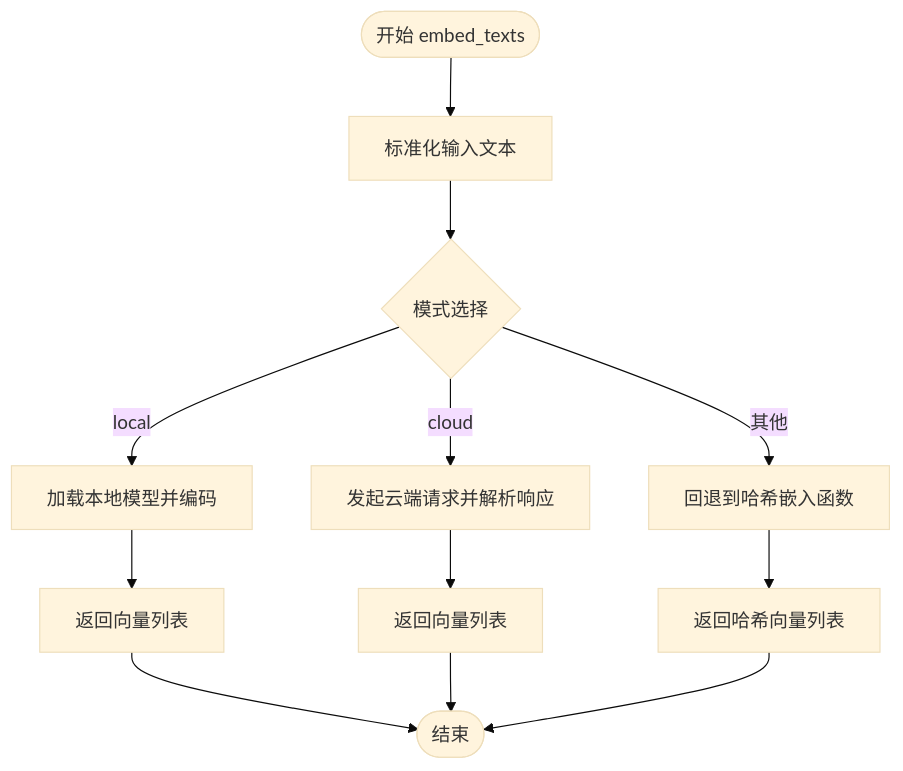
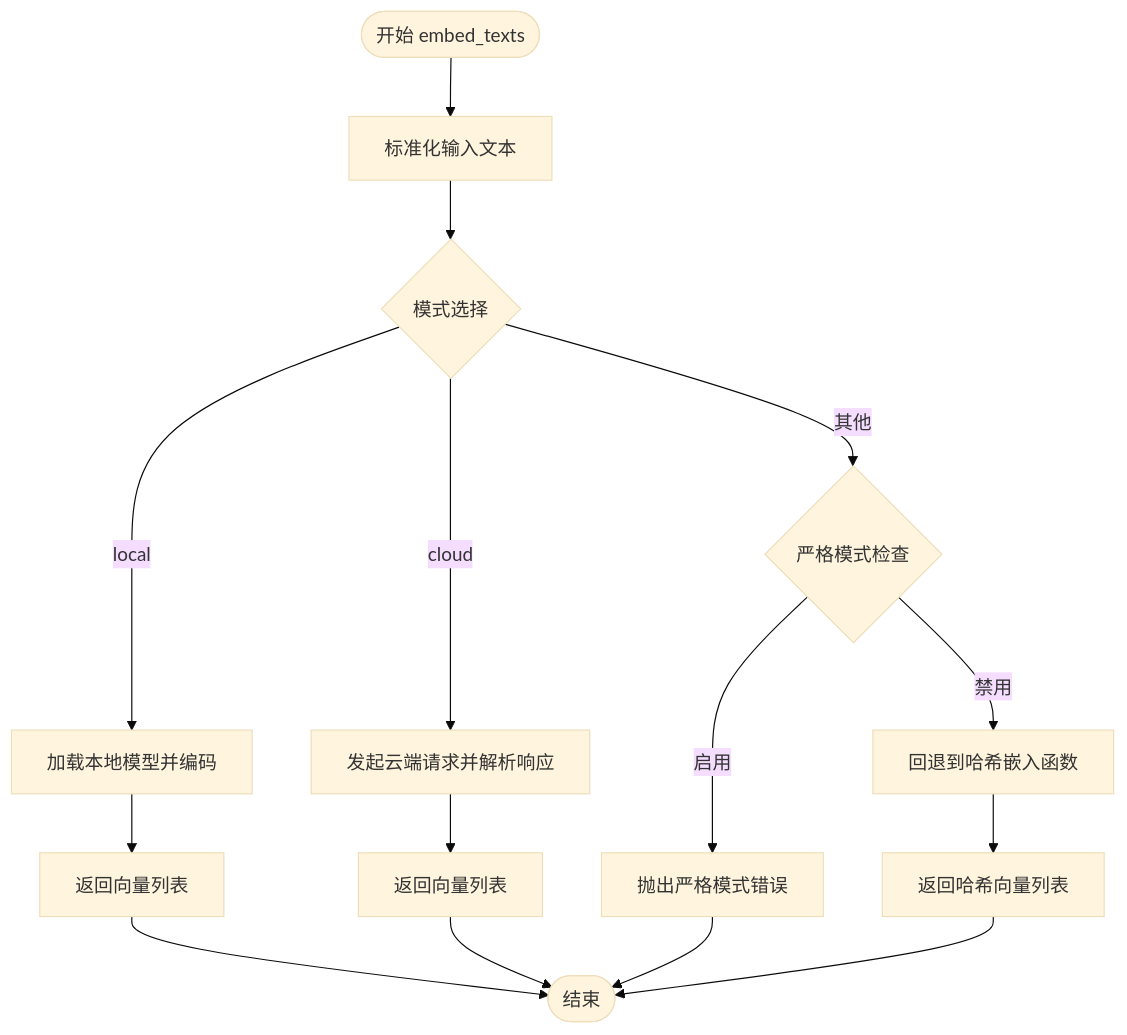
Before and after one commit to Moon-Force/DouYin_llm: the third of 5 diagrams in .qoder/repowiki/zh/content/后端服务/内存管理系统/嵌入模型服务.md, drawn with Mermaid (base theme). The commit also changed other lines of this file and 17 other files, not shown here.

````diff
--- a/.qoder/repowiki/zh/content/后端服务/内存管理系统/嵌入模型服务.md
+++ b/.qoder/repowiki/zh/content/后端服务/内存管理系统/嵌入模型服务.md
@@ -135,14 +167,17 @@
 ```mermaid
 flowchart TD
 Start(["开始 embed_texts"]) --> Normalize["标准化输入文本"]
 Normalize --> Mode{"模式选择"}
 Mode --> |local| Local["加载本地模型并编码"]
 Mode --> |cloud| Cloud["发起云端请求并解析响应"]
-Mode --> |其他| Fallback["回退到哈希嵌入函数"]
+Mode --> |其他| StrictCheck{"严格模式检查"}
+StrictCheck --> |启用| StrictError["抛出严格模式错误"]
+StrictCheck --> |禁用| Fallback["回退到哈希嵌入函数"]
 Local --> ReturnLocal["返回向量列表"]
 Cloud --> ReturnCloud["返回向量列表"]
+StrictError --> End(["结束"])
 Fallback --> ReturnHash["返回哈希向量列表"]
-ReturnLocal --> End(["结束"])
+ReturnLocal --> End
 ReturnCloud --> End
 ReturnHash --> End
 ```
````
